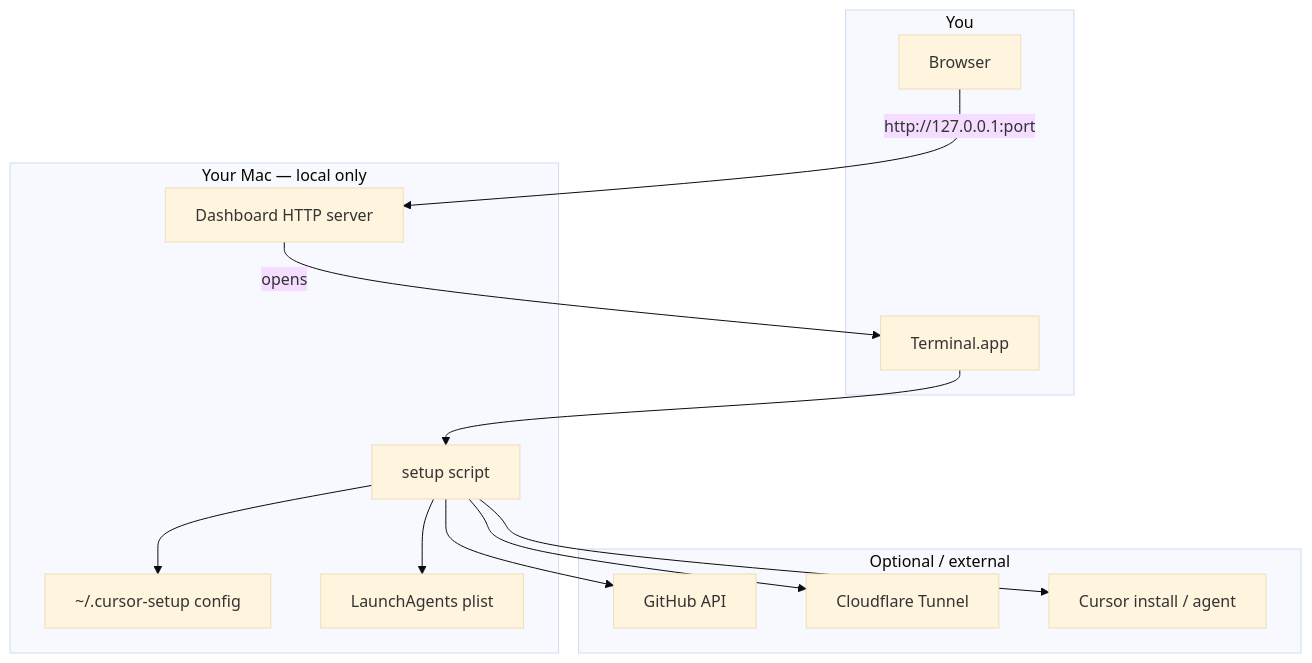
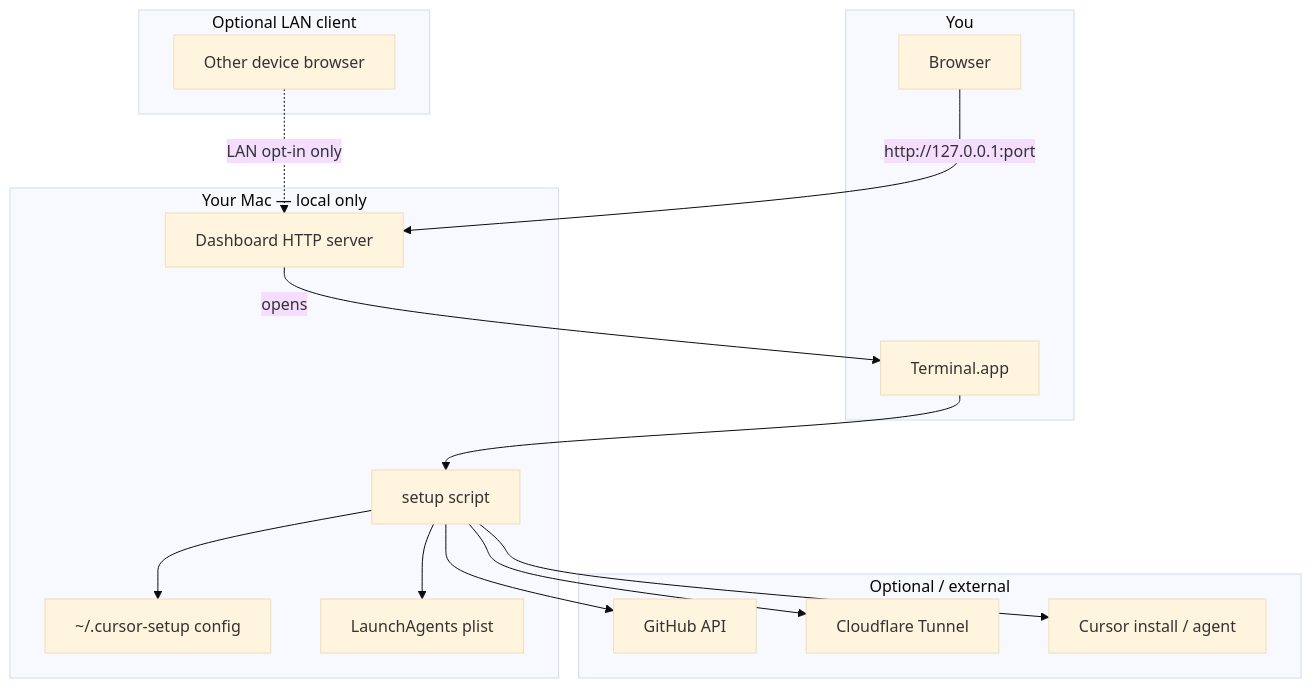
One commit to JhunJ/CursorMobileS changed the second of 3 diagrams in README.md. Above: the diagram before and after it, drawn with Mermaid (base theme). The commit also changed other lines of this file and 6 other files, not shown here.

First line of the commit message:
docs: add real A/B/C/D dashboard screen flow

````diff
--- a/README.md
+++ b/README.md
@@ -118,29 +127,34 @@
 ```mermaid
 flowchart TB
   subgraph User["You"]
     B[Browser]
     T[Terminal.app]
+  end
+
+  subgraph OptionalLAN["Optional LAN client"]
+    OB[Other device browser]
   end
 
   subgraph Local["Your Mac — local only"]
     D[Dashboard HTTP server]
     S[setup script]
     L[~/.cursor-setup config]
     LA[LaunchAgents plist]
   end
 
   subgraph Remote["Optional / external"]
     GH[GitHub API]
     CF[Cloudflare Tunnel]
     CR[Cursor install / agent]
   end
 
   B -->|http://127.0.0.1:port| D
+  OB -.->|LAN opt-in only| D
   D -->|opens| T
   T --> S
   S --> L
   S --> GH
   S --> CF
   S --> CR
   S --> LA
 ```
````
